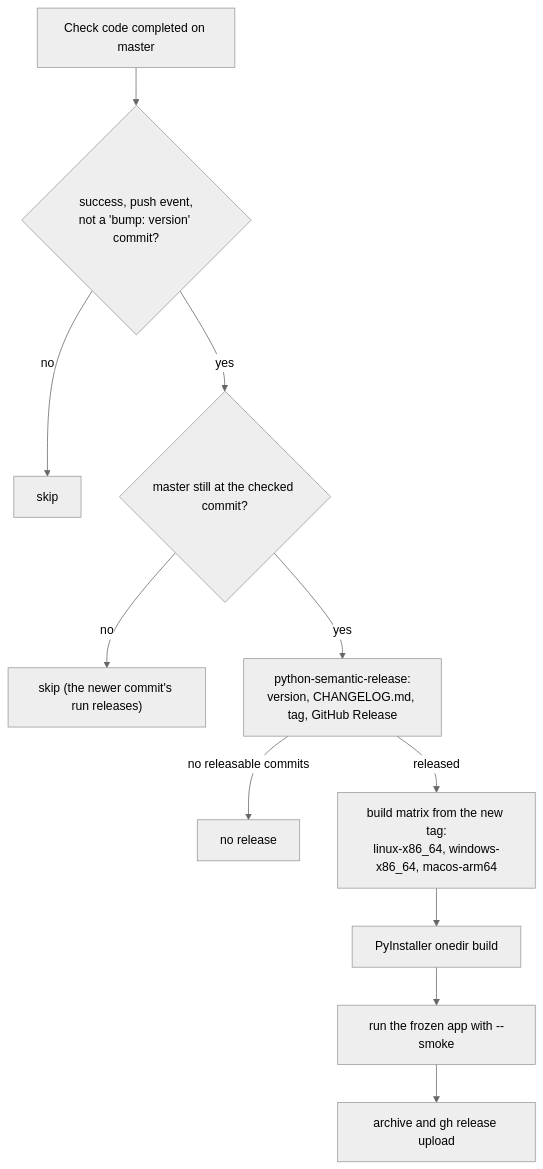
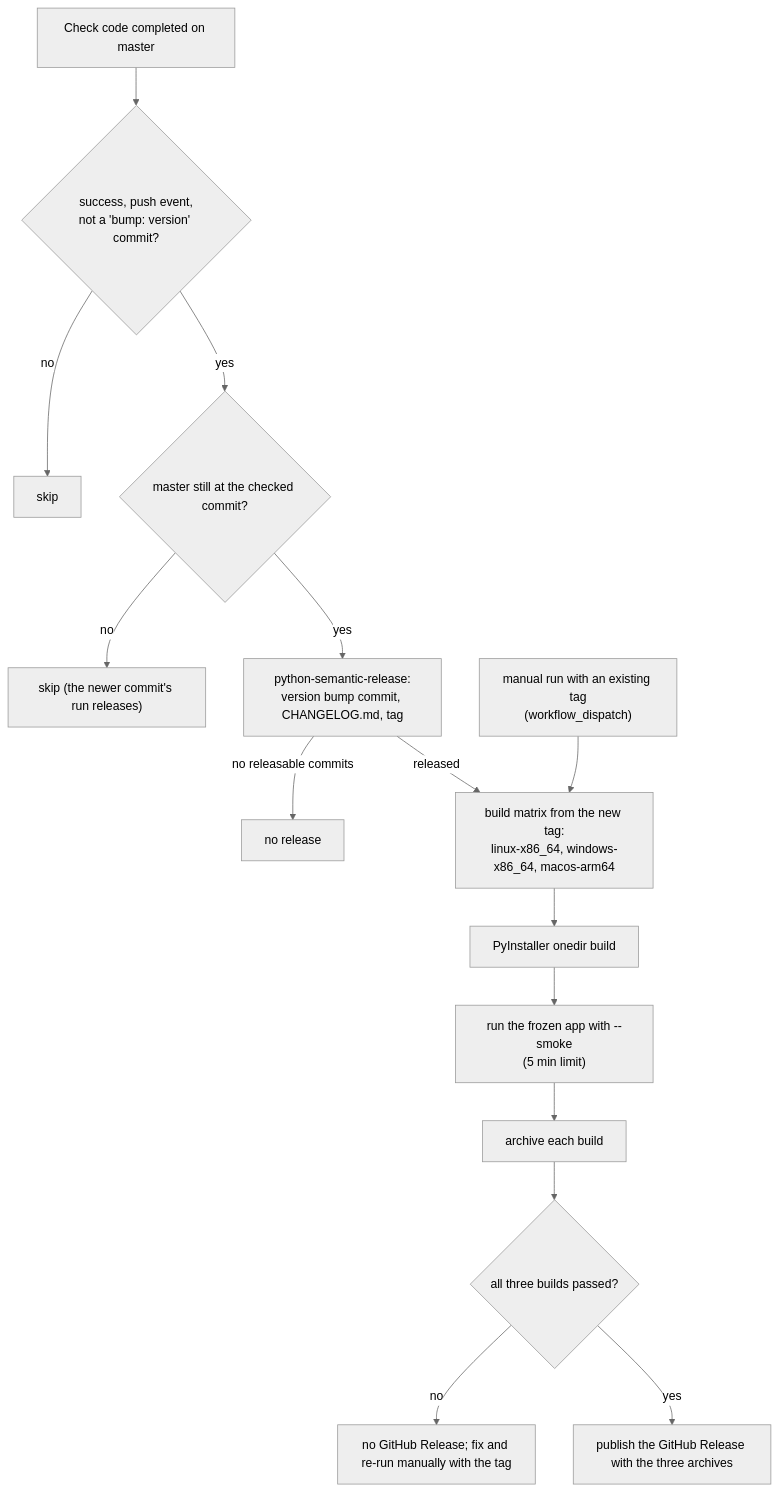
Before and after one commit to cristianat98/Scientific-Calculator: the third of 3 diagrams in docs/flows.md, drawn with Mermaid (neutral theme). The commit also changed 3 other files, not shown here.

First line of the commit message:
ci: publish the GitHub Release only after all builds pass

````diff
--- a/docs/flows.md
+++ b/docs/flows.md
@@ -33,13 +33,17 @@
 ```mermaid
 flowchart TB
   done["Check code completed on master"] --> ok{"success, push event,<br/>not a 'bump: version' commit?"}
   ok -->|no| skip1["skip"]
   ok -->|yes| tip{"master still at the checked commit?"}
   tip -->|no| skip2["skip (the newer commit's run releases)"]
-  tip -->|yes| psr["python-semantic-release:<br/>version, CHANGELOG.md, tag, GitHub Release"]
+  tip -->|yes| psr["python-semantic-release:<br/>version bump commit, CHANGELOG.md, tag"]
   psr -->|no releasable commits| skip3["no release"]
   psr -->|released| matrix["build matrix from the new tag:<br/>linux-x86_64, windows-x86_64, macos-arm64"]
+  dispatch["manual run with an existing tag<br/>(workflow_dispatch)"] --> matrix
   matrix --> build["PyInstaller onedir build"]
-  build --> smoke["run the frozen app with --smoke"]
-  smoke --> upload["archive and gh release upload"]
+  build --> smoke["run the frozen app with --smoke<br/>(5 min limit)"]
+  smoke --> archive["archive each build"]
+  archive --> all{"all three builds passed?"}
+  all -->|no| norelease["no GitHub Release; fix and re-run manually with the tag"]
+  all -->|yes| publish["publish the GitHub Release with the three archives"]
 ```
````
